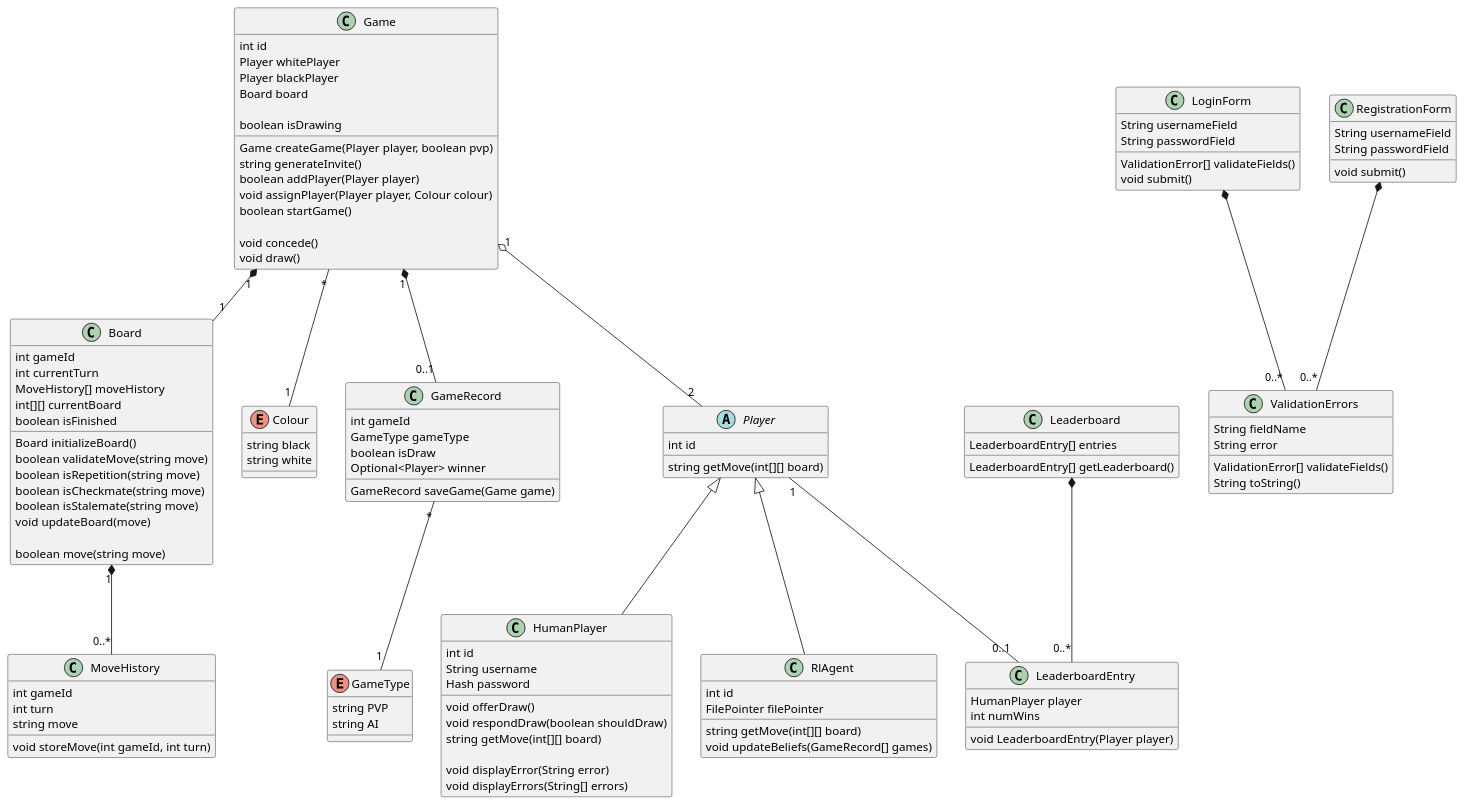
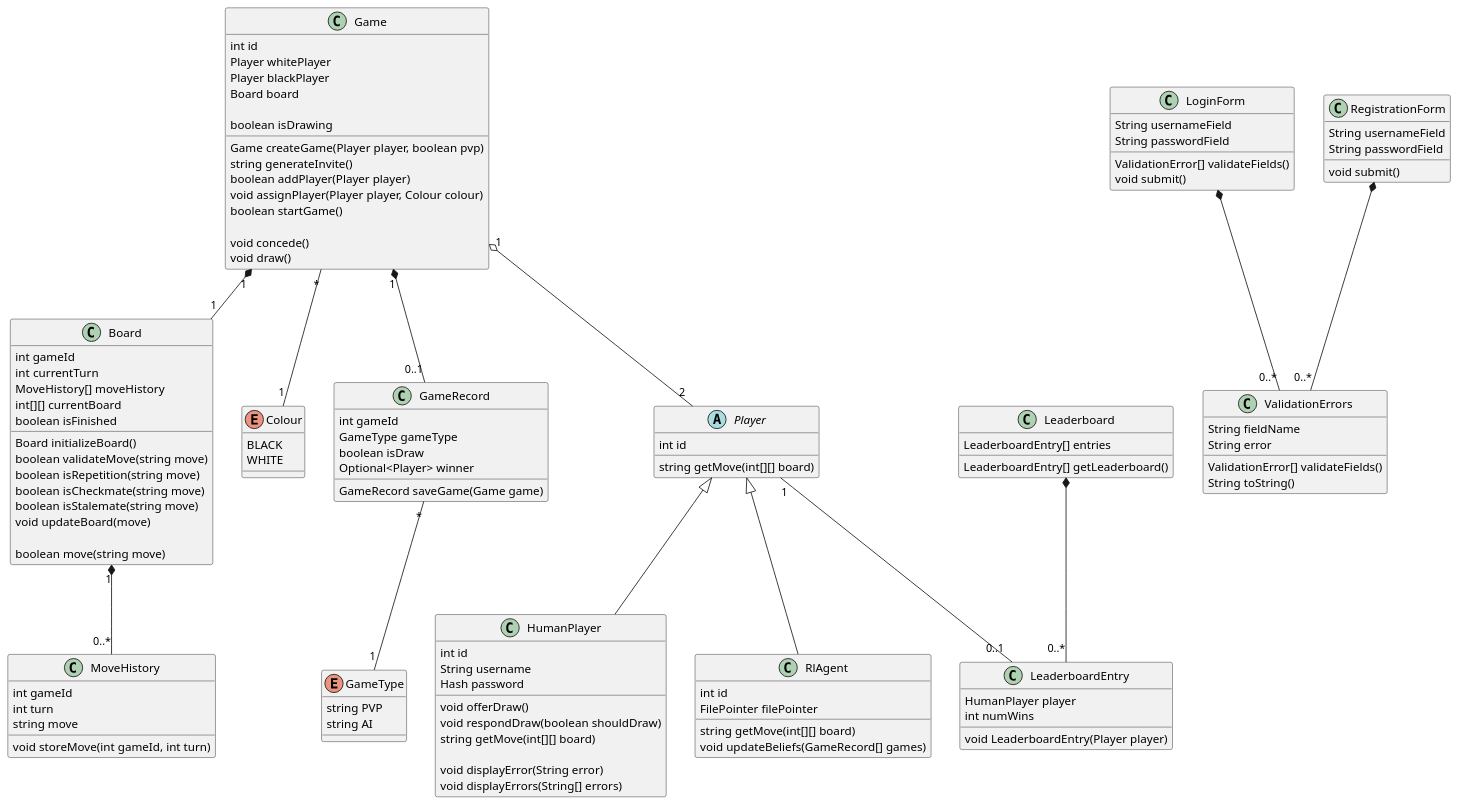
Before and after one commit to ECE493-W22-G04/rl-chess: the diagram in docs/preliminary_design_diagrams/classdiagram.puml, drawn with PlantUML. The commit also changed 2 other files, not shown here.

```diff
--- a/docs/preliminary_design_diagrams/classdiagram.puml
+++ b/docs/preliminary_design_diagrams/classdiagram.puml
@@ -1,150 +1,150 @@
 @startuml Class Diagram
 
 class Board {
   int gameId
   int currentTurn
   MoveHistory[] moveHistory
   int[][] currentBoard
   boolean isFinished
 
   Board initializeBoard()
   boolean validateMove(string move)
   boolean isRepetition(string move)
   boolean isCheckmate(string move)
   boolean isStalemate(string move)
   void updateBoard(move)
 
   boolean move(string move)
 }
 
 class MoveHistory {
   int gameId
   int turn
   string move
 
   void storeMove(int gameId, int turn)
 }
 
 Board "1" *-- "0..*" MoveHistory
 
 class Game {
   int id
   Player whitePlayer
   Player blackPlayer
   Board board
   
   boolean isDrawing
 
   Game createGame(Player player, boolean pvp)
   string generateInvite()
   boolean addPlayer(Player player)
   void assignPlayer(Player player, Colour colour)
   boolean startGame()
 
   void concede()
   void draw()
 }
 
 enum Colour {
-    string black
-    string white
+    BLACK
+    WHITE
 }
 
 Game "*" -- "1" Colour
 
 Game "1" *-- "1" Board
 
 class GameRecord {
   int gameId
   GameType gameType
   boolean isDraw
   Optional<Player> winner
   
   GameRecord saveGame(Game game)
 }
 
 enum GameType {
   string PVP
   string AI
 }
 
 GameRecord "*" -- "1" GameType
 
 abstract class Player {
   int id
 
   string getMove(int[][] board)
 }
 
 class HumanPlayer {
   int id
   String username
   Hash password
 
   void offerDraw()
   void respondDraw(boolean shouldDraw)
   string getMove(int[][] board)
 
   void displayError(String error)
   void displayErrors(String[] errors)
 }
 
 class RlAgent {
   int id
   FilePointer filePointer
 
   string getMove(int[][] board)
   void updateBeliefs(GameRecord[] games)
 }
 
 Game "1" o-- "2" Player
 
 Player <|-- RlAgent
 Player <|-- HumanPlayer
 
 Game "1" *-- "0..1" GameRecord
 
 class Leaderboard {
   LeaderboardEntry[] entries
 
   LeaderboardEntry[] getLeaderboard()
 }
 
 class LeaderboardEntry {
   HumanPlayer player
   int numWins
 
   void LeaderboardEntry(Player player)
 }
 
 Player "1" -- "0..1" LeaderboardEntry
 
 Leaderboard *-- "0..*" LeaderboardEntry
 
 class LoginForm {
   String usernameField
   String passwordField
 
   ValidationError[] validateFields()
   void submit()
 }
 
 class RegistrationForm {
   String usernameField
   String passwordField
 
   void submit()
 }
 
 class ValidationErrors {
   String fieldName
   String error
 
   ValidationError[] validateFields()
   String toString()
 }
 
 LoginForm *-- "0..*" ValidationErrors
 RegistrationForm *-- "0..*" ValidationErrors
 
 @enduml
```
